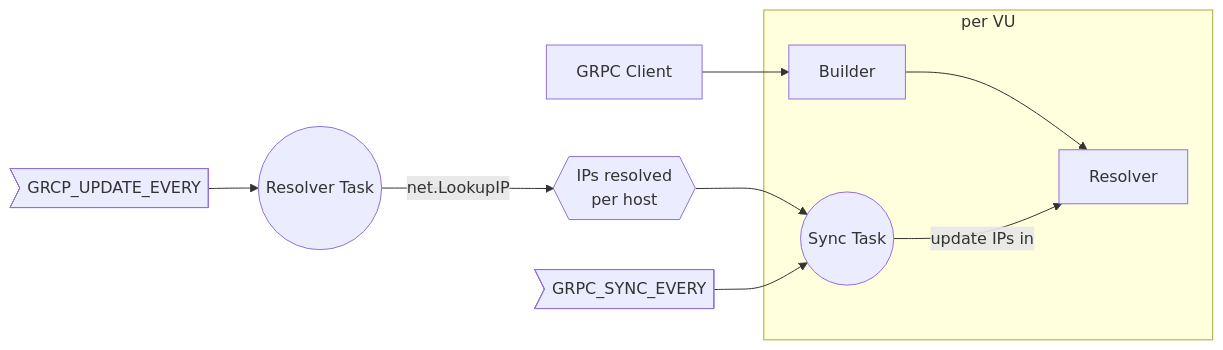
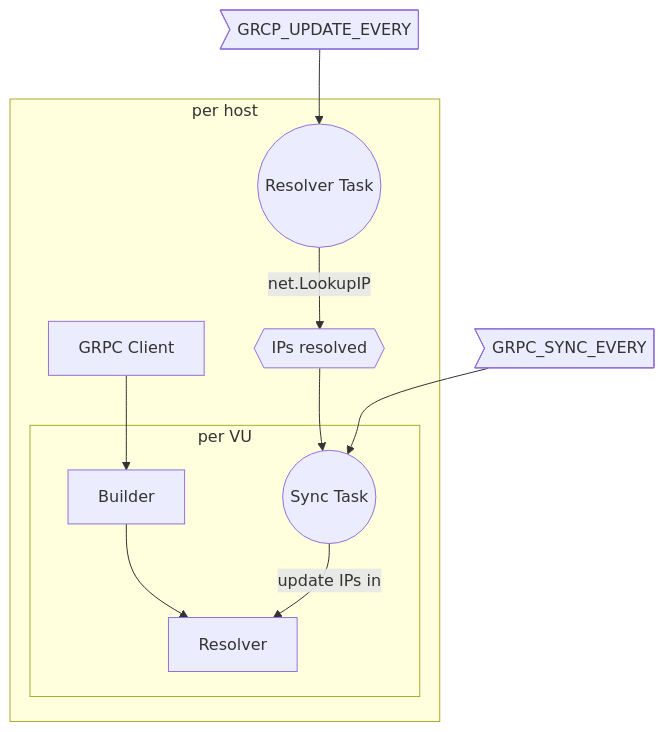
One commit to InditexTech/xk6-grpcresolver changed the diagram in README.md. Above: the diagram before and after it, drawn with Mermaid. The commit also changed other lines of this file and 1 other file, not shown here.

Commit message:
docs: technical details

````diff
--- a/README.md
+++ b/README.md
@@ -47,22 +47,24 @@
 ```mermaid
-flowchart LR
+flowchart TB
 grpcClient["GRPC Client"]
-hostIPs{{"IPs resolved\nper host"}}
+hostIPs{{"IPs resolved"}}
 resolverTask(("Resolver Task"))
 settingUpdateEvery>"GRCP_UPDATE_EVERY"]
 settingSyncEvery>"GRPC_SYNC_EVERY"]
 
-subgraph "per VU"
-    builder["Builder"]
-    resolver["Resolver"]
-    syncTask(("Sync Task"))
-end
-
-grpcClient --> builder --> resolver
-syncTask -- "update IPs in" --> resolver
-hostIPs --> syncTask
-resolverTask -- "net.LookupIP" --> hostIPs
-
 settingUpdateEvery --> resolverTask
 settingSyncEvery --> syncTask
+
+subgraph "per host"
+    grpcClient --> builder --> resolver
+    syncTask -- "update IPs in" --> resolver
+    hostIPs --> syncTask
+    resolverTask -- "net.LookupIP" --> hostIPs
+
+    subgraph "per VU"
+        builder["Builder"]
+        resolver["Resolver"]
+        syncTask(("Sync Task"))
+    end
+end
 ```
````
